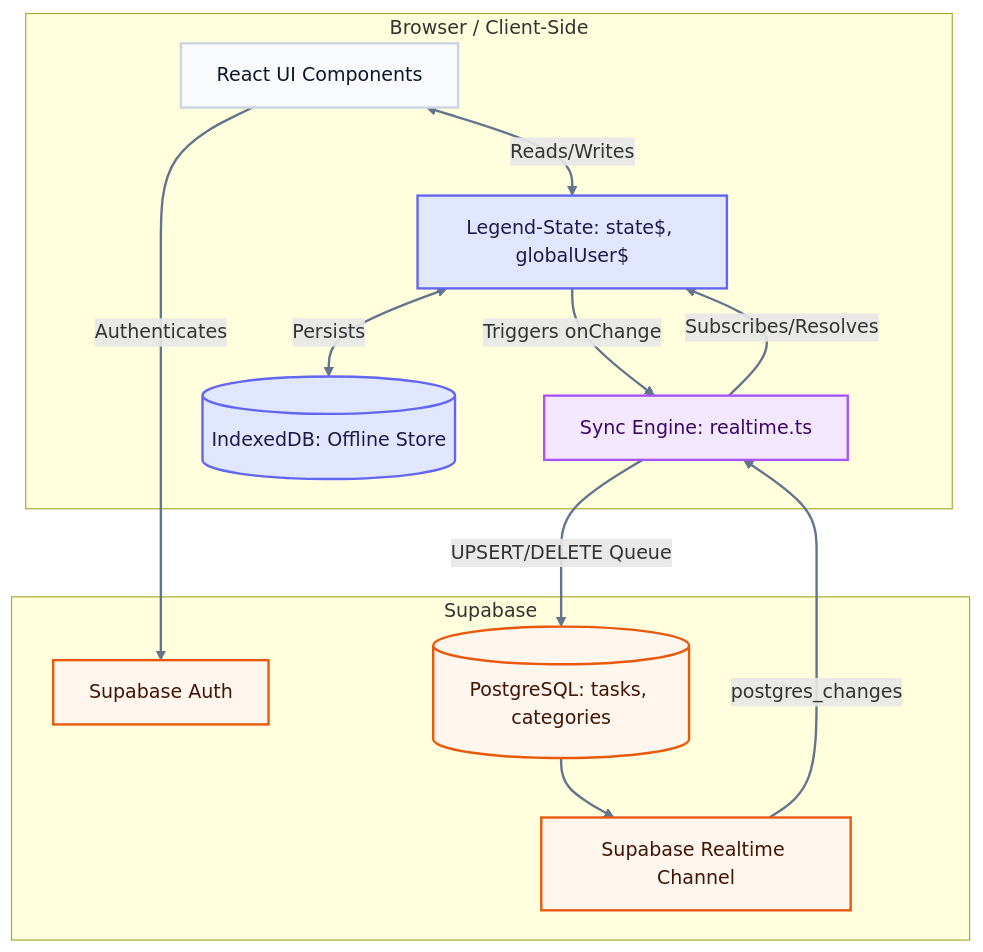
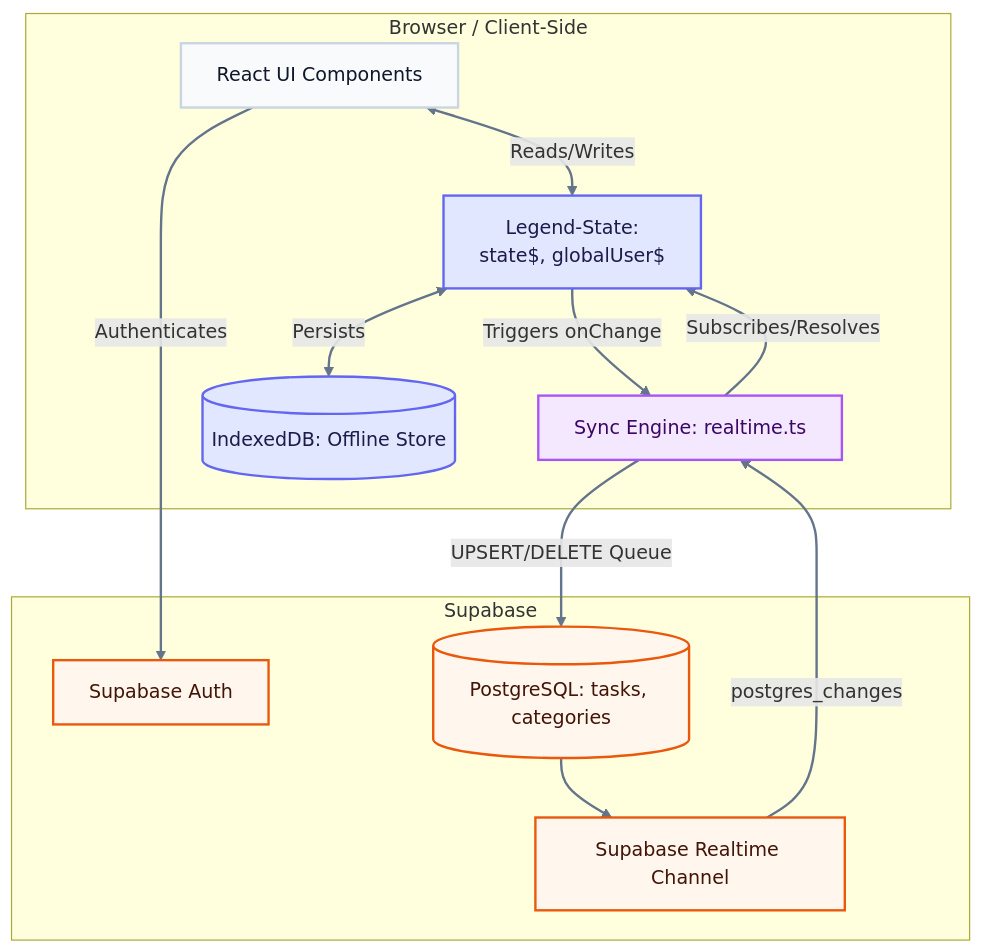
One commit to Minedflayer/Task-manager changed the diagram in architecture.md. Above: the diagram before and after it, drawn with Mermaid.

Commit message:
docs: escape line breaks in architecture diagram nodes for improved rendering

````diff
--- a/architecture.md
+++ b/architecture.md
@@ -2,35 +2,35 @@
 ```mermaid
 graph TD
     %% Removed custom padding from classDef to prevent text clipping
     classDef clientStyle fill:#f8fafc,stroke:#cbd5e1,stroke-width:2px,color:#0f172a;
     classDef storeStyle fill:#e0e7ff,stroke:#6366f1,stroke-width:2px,color:#1e1b4b;
     classDef syncStyle fill:#f3e8ff,stroke:#a855f7,stroke-width:2px,color:#3b0764;
     classDef backendStyle fill:#fff7ed,stroke:#ea580c,stroke-width:2px,color:#431407;
 
     subgraph Client [Browser / Client-Side]
         UI[React UI Components]:::clientStyle
-        State[Legend-State: state$, globalUser$]:::storeStyle
+        State["Legend-State:<br>state$, globalUser$"]:::storeStyle
         Sync[Sync Engine: realtime.ts]:::syncStyle
         DB[(IndexedDB: Offline Store)]:::storeStyle
     end
 
     subgraph Backend [Supabase]
         Auth[Supabase Auth]:::backendStyle
         Postgres[(PostgreSQL: tasks, categories)]:::backendStyle
         Realtime[Supabase Realtime Channel]:::backendStyle
     end
 
     %% Apply explicit links with custom arrow colors
     UI <-->|Reads/Writes| State
     State <-->|Persists| DB
     State -->|Triggers onChange| Sync
     Sync -->|Subscribes/Resolves| State
 
     UI -->|Authenticates| Auth
     Sync -->|UPSERT/DELETE Queue| Postgres
     Realtime -->|postgres_changes| Sync
     Postgres --> Realtime
 
     %% Change link line colors globally or individually
     linkStyle default stroke:#64748b,stroke-width:2px;
 ```
````
